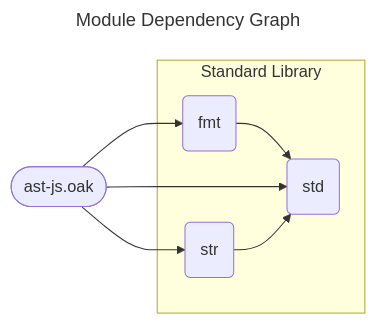
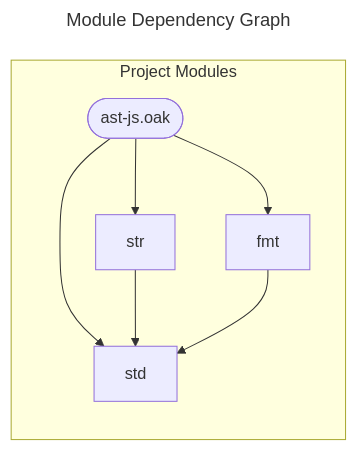
The diagram in docs/spec/ast-js.mmd (SpcFORK/magnolia), drawn with Mermaid before and after one commit. The commit also changed 373 other files, not shown here.

Commit message:
Refactor module dependency graphs and update imports across various specifications

```diff
--- a/docs/spec/ast-js.mmd
+++ b/docs/spec/ast-js.mmd
@@ -1,15 +1,15 @@
 ---
 title: Module Dependency Graph
 ---
 flowchart LR
-    lib_ast_js_oak(["ast-js.oak"])
-    subgraph stdlib_core ["Standard Library"]
-        str("str")
-        fmt("fmt")
-        std("std")
+    subgraph project_modules ["Project Modules"]
+        lib_ast_js_oak(["ast-js.oak"])
+        std["std"]
+        str["str"]
+        fmt["fmt"]
     end
-    fmt --> std
     lib_ast_js_oak --> std
     lib_ast_js_oak --> str
     lib_ast_js_oak --> fmt
     str --> std
+    fmt --> std
```
